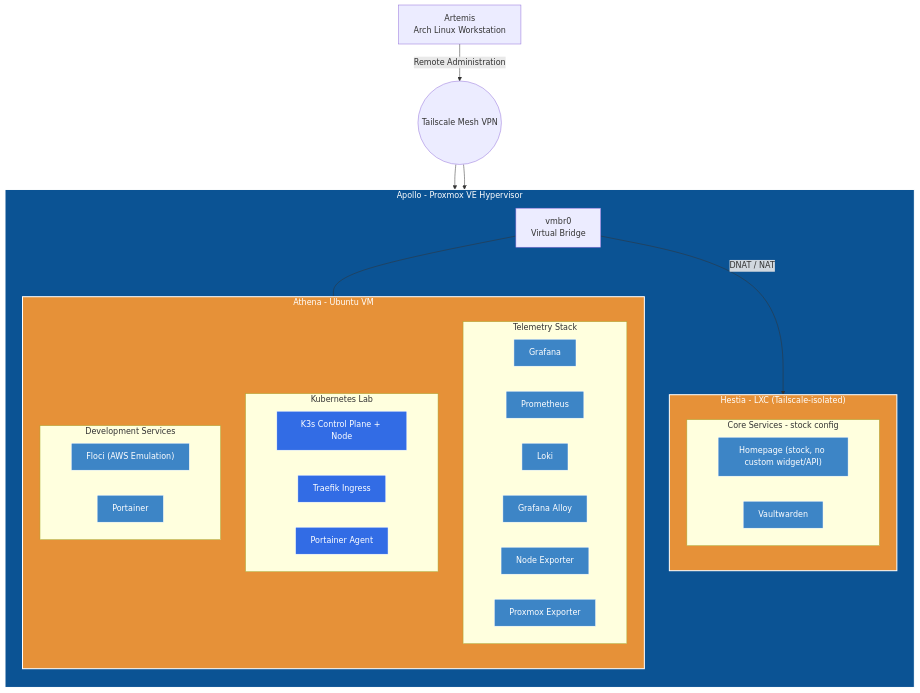
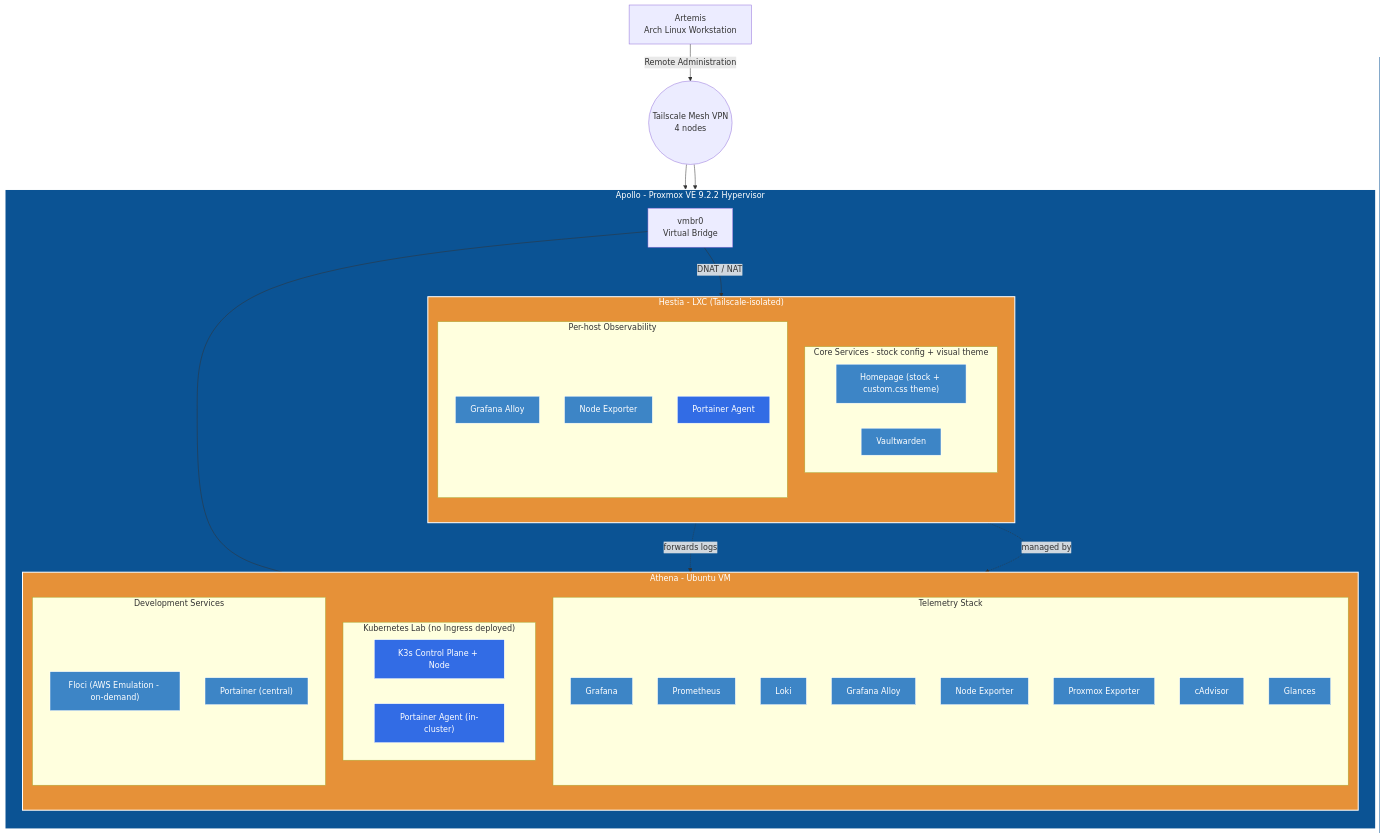
Before and after one commit to SwapnajXD/HomeLab: the diagram in architecture/architecture-diagram.mmd, drawn with Mermaid. The commit also changed 16 other files, not shown here.

```diff
--- a/architecture/architecture-diagram.mmd
+++ b/architecture/architecture-diagram.mmd
@@ -1,63 +1,73 @@
 graph TD
 
     %% Remote Administration
     Artemis["Artemis<br/>Arch Linux Workstation"]
-    Tailnet(("Tailscale Mesh VPN"))
+    Tailnet(("Tailscale Mesh VPN<br/>4 nodes"))
 
     Artemis -->|Remote Administration| Tailnet
 
     %% Infrastructure
     Tailnet --> Apollo
     Tailnet --> Athena
 
-    subgraph Apollo["Apollo - Proxmox VE Hypervisor"]
+    subgraph Apollo["Apollo - Proxmox VE 9.2.2 Hypervisor"]
         direction TB
 
         Bridge["vmbr0<br/>Virtual Bridge"]
 
         subgraph Athena["Athena - Ubuntu VM"]
             direction TB
 
             subgraph Telemetry["Telemetry Stack"]
                 Grafana["Grafana"]
                 Prometheus["Prometheus"]
                 Loki["Loki"]
                 Alloy["Grafana Alloy"]
                 NodeExporter["Node Exporter"]
                 ProxmoxExporter["Proxmox Exporter"]
+                Cadvisor["cAdvisor"]
+                Glances["Glances"]
             end
 
-            subgraph Kubernetes["Kubernetes Lab"]
+            subgraph Kubernetes["Kubernetes Lab (no Ingress deployed)"]
                 K3s["K3s Control Plane + Node"]
-                Traefik["Traefik Ingress"]
-                PortainerAgent["Portainer Agent"]
+                K8sPortainerAgent["Portainer Agent (in-cluster)"]
             end
 
             subgraph Development["Development Services"]
-                Floci["Floci (AWS Emulation)"]
-                Portainer["Portainer"]
+                Floci["Floci (AWS Emulation - on-demand)"]
+                Portainer["Portainer (central)"]
             end
         end
 
         subgraph Hestia["Hestia - LXC (Tailscale-isolated)"]
             direction TB
 
-            subgraph CoreServices["Core Services - stock config"]
-                Homepage["Homepage (stock, no custom widget/API)"]
+            subgraph CoreServices["Core Services - stock config + visual theme"]
+                Homepage["Homepage (stock + custom.css theme)"]
                 Vaultwarden["Vaultwarden"]
+            end
+
+            subgraph HestiaObservability["Per-host Observability"]
+                HestiaAlloy["Grafana Alloy"]
+                HestiaNodeExporter["Node Exporter"]
+                HestiaPortainerAgent["Portainer Agent"]
             end
         end
 
         Bridge --- Athena
         Bridge -->|DNAT / NAT| Hestia
     end
+
+    HestiaAlloy -.forwards logs.-> Loki
+    HestiaPortainerAgent -.managed by.-> Portainer
 
     classDef host fill:#0b5394,color:#ffffff,stroke:#ffffff,stroke-width:2px;
     classDef guest fill:#e69138,color:#ffffff,stroke:#ffffff,stroke-width:2px;
     classDef service fill:#3d85c6,color:#ffffff,stroke:#ffffff,stroke-width:1px;
     classDef k8s fill:#326ce5,color:#ffffff,stroke:#ffffff,stroke-width:1px;
 
     class Apollo host;
     class Athena,Hestia guest;
-    class Grafana,Prometheus,Loki,Alloy,NodeExporter,ProxmoxExporter,Floci,Portainer,Homepage,Vaultwarden service;
-    class K3s,Traefik,PortainerAgent k8s;
+    class Grafana,Prometheus,Loki,Alloy,NodeExporter,ProxmoxExporter,Cadvisor,Glances,Floci,Portainer,Homepage,Vaultwarden,HestiaAlloy,HestiaNodeExporter service;
+    class K3s,K8sPortainerAgent,HestiaPortainerAgent k8s;
```
